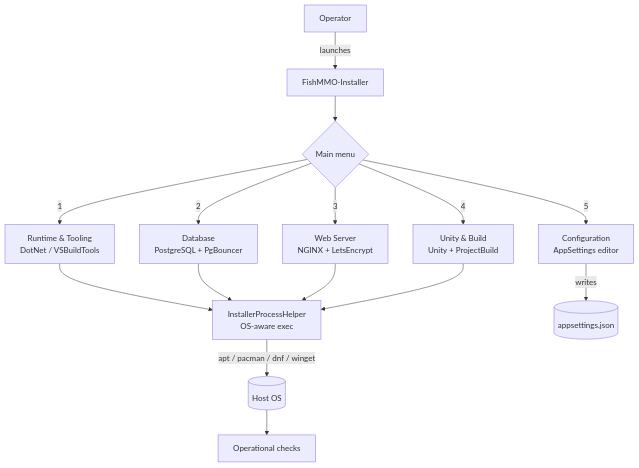
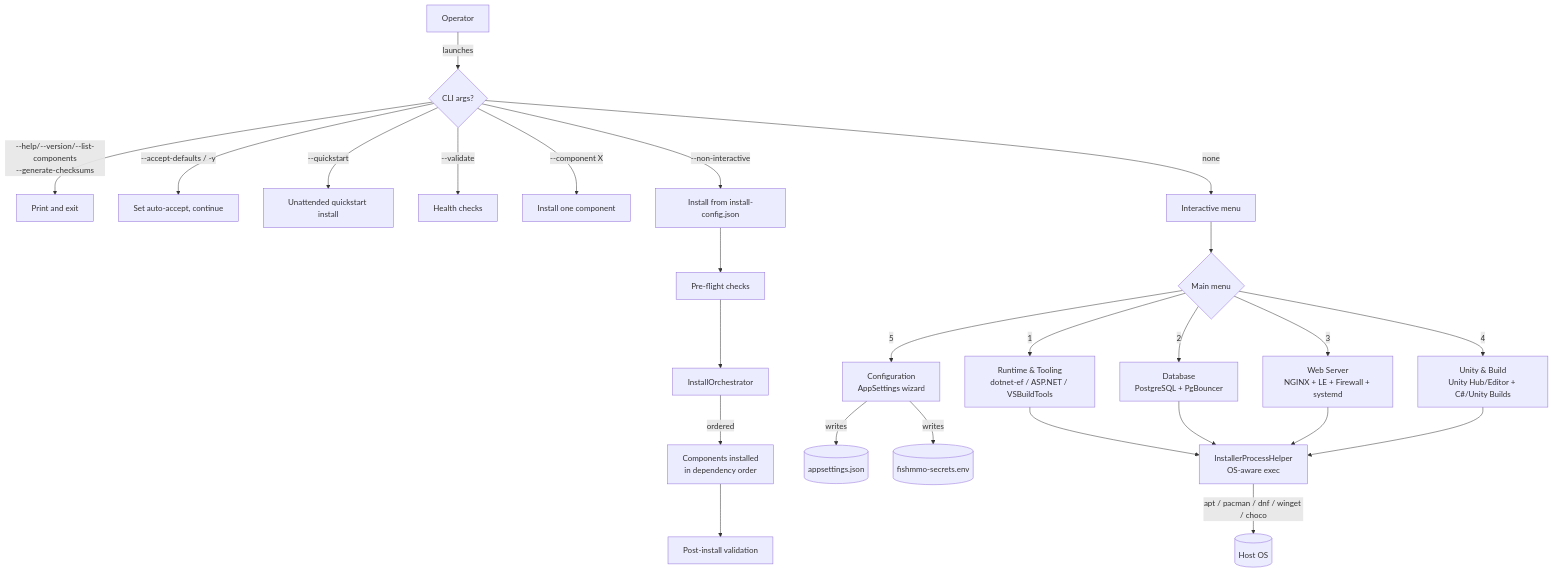
Before and after one commit to jimdroberts/FishMMO: the diagram in FishMMO-Installer/README.MD, drawn with Mermaid. The commit also changed other lines of this file and 32 other files, not shown here.

Commit message:
FishMMO Update

````diff
--- a/FishMMO-Installer/README.MD
+++ b/FishMMO-Installer/README.MD
@@ -444,17 +732,28 @@
 ```mermaid
 flowchart TD
-    User[Operator] -->|launches| App[FishMMO-Installer]
+    User[Operator] -->|launches| CLI{CLI args?}
+    CLI -->|--help/--version/--list-components<br/>--generate-checksums| Help[Print and exit]
+    CLI -->|--accept-defaults / -y| Accept[Set auto-accept, continue]
+    CLI -->|--quickstart| Quickstart[Unattended quickstart install]
+    CLI -->|--validate| Validate[Health checks]
+    CLI -->|--component X| Single[Install one component]
+    CLI -->|--non-interactive| Manifest[Install from install-config.json]
+    CLI -->|none| App[Interactive menu]
     App --> Menu{Main menu}
-    Menu -->|1| Runtime[Runtime & Tooling<br/>DotNet / VSBuildTools]
+    Menu -->|1| Runtime[Runtime & Tooling<br/>dotnet-ef / ASP.NET / VSBuildTools]
     Menu -->|2| DB[Database<br/>PostgreSQL + PgBouncer]
-    Menu -->|3| Web[Web Server<br/>NGINX + LetsEncrypt]
-    Menu -->|4| Unity[Unity & Build<br/>Unity + ProjectBuild]
-    Menu -->|5| Cfg[Configuration<br/>AppSettings editor]
+    Menu -->|3| Web[Web Server<br/>NGINX + LE + Firewall + systemd]
+    Menu -->|4| Unity[Unity & Build<br/>Unity Hub/Editor + C#/Unity Builds]
+    Menu -->|5| Cfg[Configuration<br/>AppSettings wizard]
     Runtime --> Helper[InstallerProcessHelper<br/>OS-aware exec]
     DB --> Helper
     Web --> Helper
     Unity --> Helper
-    Helper -->|apt / pacman / dnf / winget| OS[(Host OS)]
+    Helper -->|apt / pacman / dnf / winget / choco| OS[(Host OS)]
     Cfg -->|writes| Settings[(appsettings.json)]
-    OS --> Verify[Operational checks]
+    Cfg -->|writes| Secrets[(fishmmo-secrets.env)]
+    Manifest --> PreFlight[Pre-flight checks]
+    PreFlight --> Orchestrator[InstallOrchestrator]
+    Orchestrator -->|ordered| Components[Components installed<br/>in dependency order]
+    Components --> Verify[Post-install validation]
 ```
````
